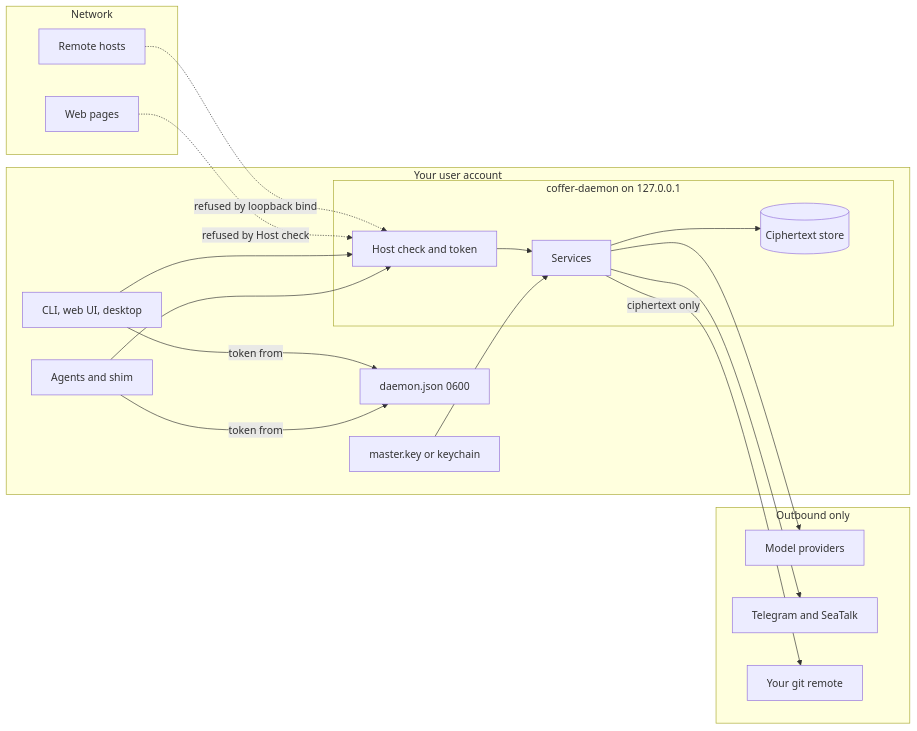
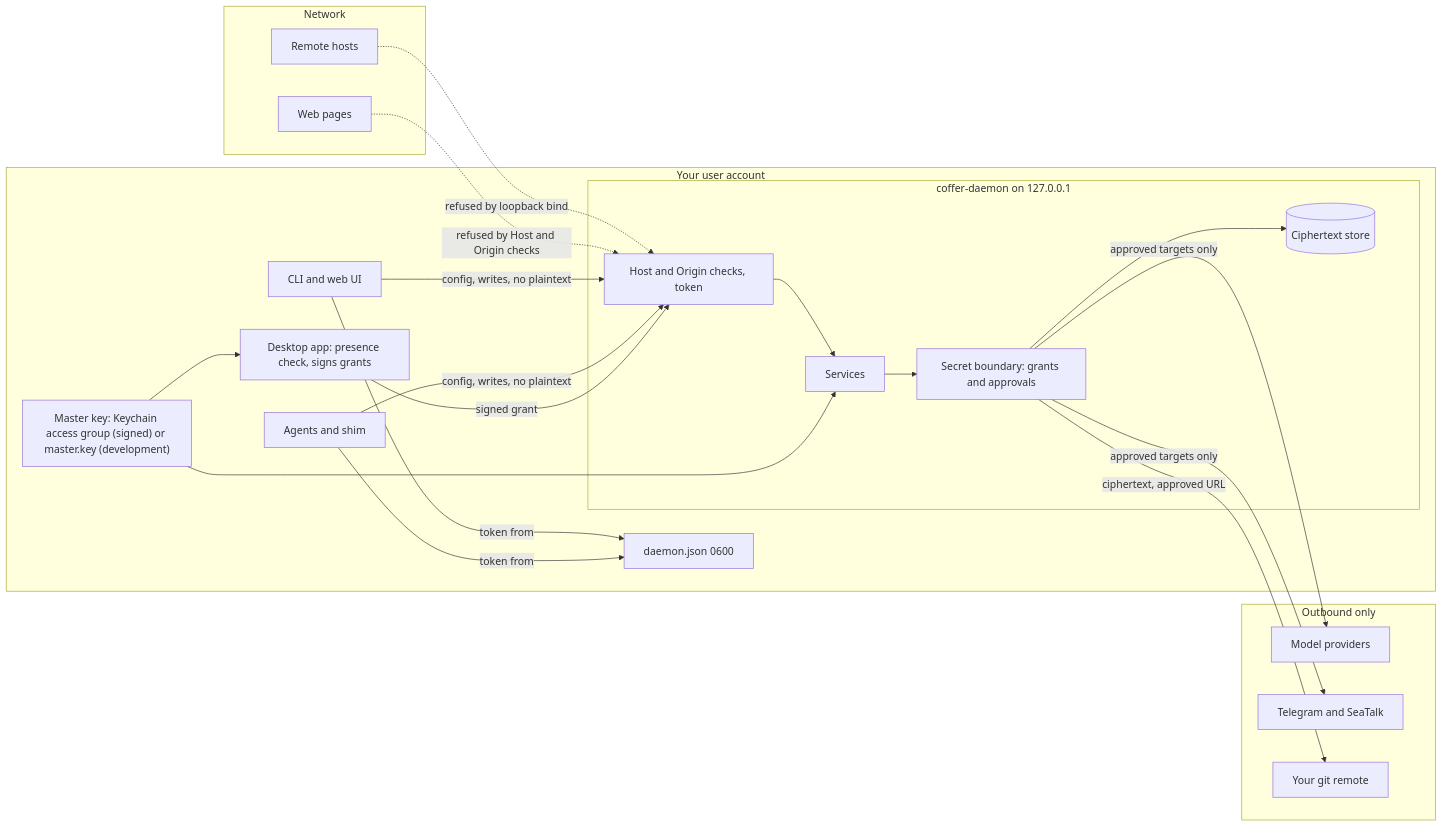
The diagram in docs-site/architecture/security.md (wyx-sg/Coffer), drawn with Mermaid before and after one commit. The commit also changed other lines of this file and 4384 other files, not shown here.

First line of the commit message:
feat: Coffer rework — vault files, secret boundary, rebuilt UI (0.2.0) (#471)

````diff
--- a/docs-site/architecture/security.md
+++ b/docs-site/architecture/security.md
@@ -38,35 +77,40 @@
 ```mermaid
 flowchart LR
   subgraph net["Network"]
     REMOTE["Remote hosts"]
     WEBPAGE["Web pages"]
   end
   subgraph user["Your user account"]
     AGENTS["Agents and shim"]
-    CLIENTS["CLI, web UI, desktop"]
+    CLIENTS["CLI and web UI"]
     DJ["daemon.json 0600"]
     subgraph daemon["coffer-daemon on 127.0.0.1"]
-      GUARD["Host check and token"]
+      GUARD["Host and Origin checks, token"]
       CORE["Services"]
+      GATE["Secret boundary: grants and approvals"]
       STORE[("Ciphertext store")]
     end
-    KEY["master.key or keychain"]
+    APP["Desktop app: presence check, signs grants"]
+    KEY["Master key: Keychain access group (signed) or master.key (development)"]
   end
   subgraph ext["Outbound only"]
     PROV["Model providers"]
     IM["Telegram and SeaTalk"]
     GIT["Your git remote"]
   end
   REMOTE -.->|"refused by loopback bind"| GUARD
-  WEBPAGE -.->|"refused by Host check"| GUARD
+  WEBPAGE -.->|"refused by Host and Origin checks"| GUARD
   CLIENTS -->|token from| DJ
   AGENTS -->|token from| DJ
-  CLIENTS --> GUARD
-  AGENTS --> GUARD
+  CLIENTS -->|"config, writes, no plaintext"| GUARD
+  AGENTS -->|"config, writes, no plaintext"| GUARD
+  APP -->|"signed grant"| GUARD
   GUARD --> CORE
-  CORE --> STORE
+  CORE --> GATE
+  GATE --> STORE
   KEY --> CORE
-  CORE --> PROV
-  CORE --> IM
-  CORE -->|"ciphertext only"| GIT
+  KEY --> APP
+  GATE -->|"approved targets only"| PROV
+  GATE -->|"approved targets only"| IM
+  GATE -->|"ciphertext, approved URL"| GIT
 ```
````
